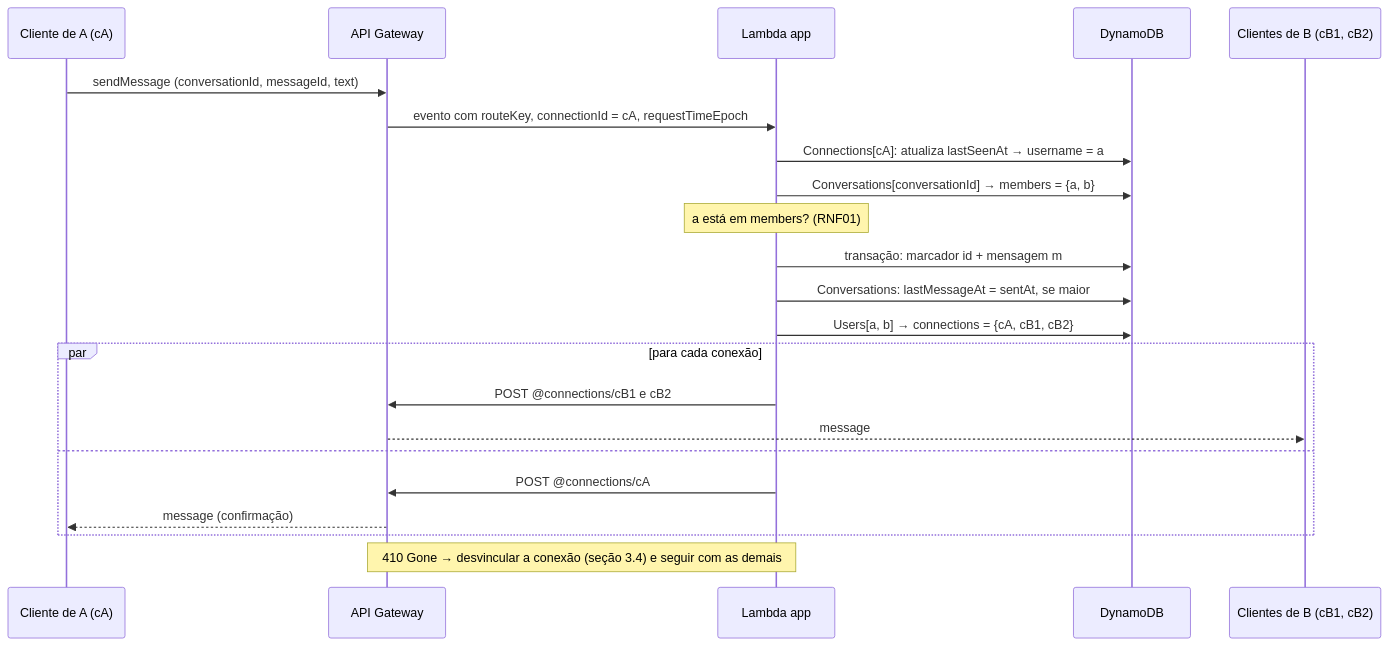
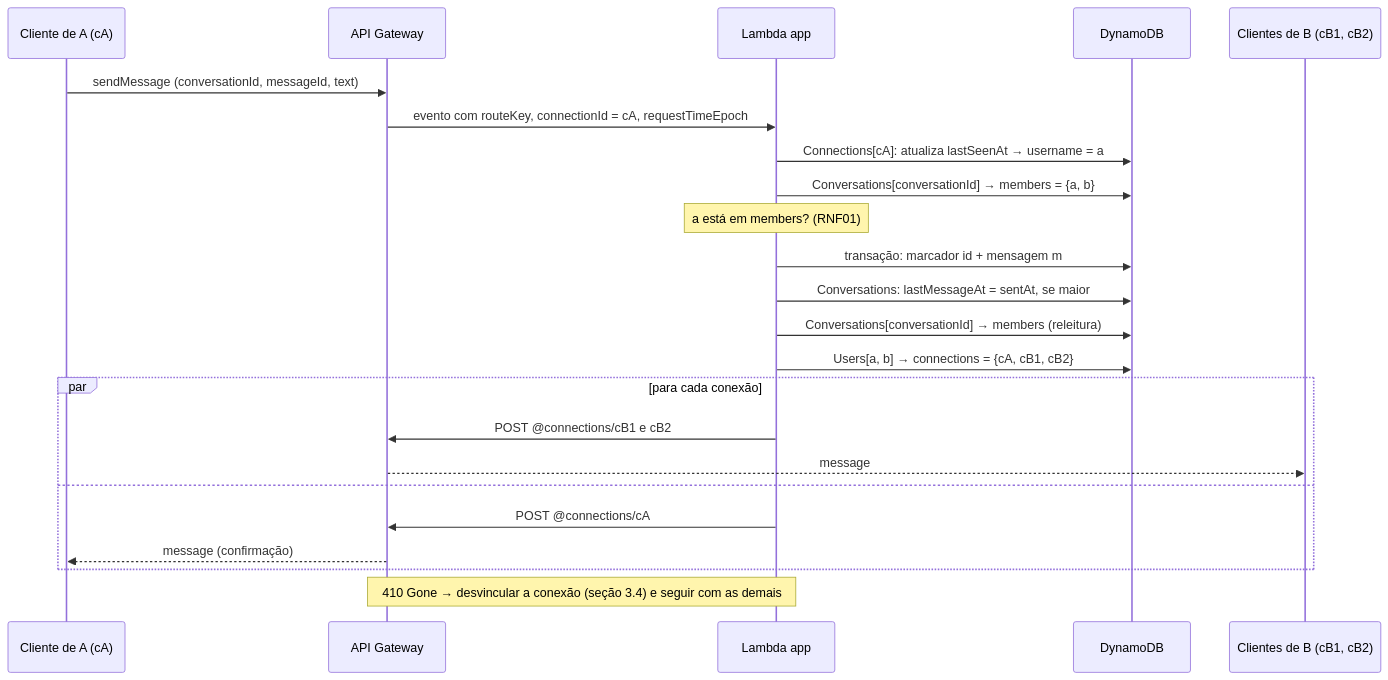
Before and after one commit to felipdsa21/hub-websocket-sd: the second of 2 diagrams in docs/arquitetura.md, drawn with Mermaid. The commit also changed other lines of this file, not shown here.

````diff
--- a/docs/arquitetura.md
+++ b/docs/arquitetura.md
@@ -254,25 +272,26 @@
 ```mermaid
 sequenceDiagram
     participant A as Cliente de A (cA)
     participant G as API Gateway
     participant L as Lambda app
     participant D as DynamoDB
     participant B as Clientes de B (cB1, cB2)
 
     A->>G: sendMessage (conversationId, messageId, text)
     G->>L: evento com routeKey, connectionId = cA, requestTimeEpoch
     L->>D: Connections[cA]: atualiza lastSeenAt → username = a
     L->>D: Conversations[conversationId] → members = {a, b}
     Note over L: a está em members? (RNF01)
     L->>D: transação: marcador id + mensagem m
     L->>D: Conversations: lastMessageAt = sentAt, se maior
+    L->>D: Conversations[conversationId] → members (releitura)
     L->>D: Users[a, b] → connections = {cA, cB1, cB2}
     par para cada conexão
         L->>G: POST @connections/cB1 e cB2
         G-->>B: message
     and
         L->>G: POST @connections/cA
         G-->>A: message (confirmação)
     end
     Note over L,G: 410 Gone → desvincular a conexão (seção 3.4) e seguir com as demais
 ```
````
